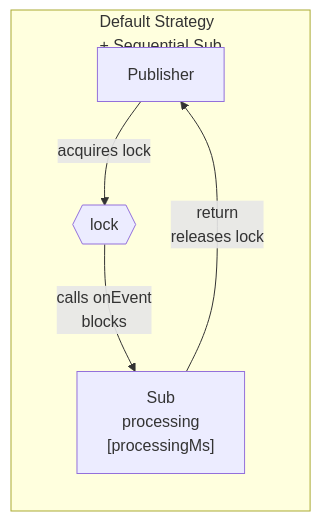
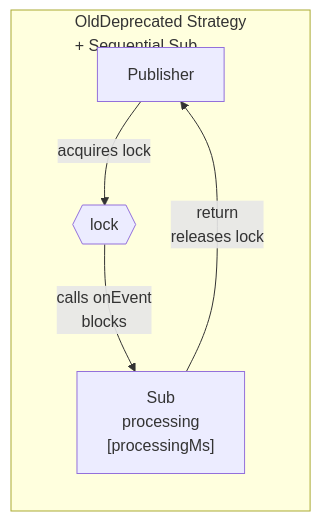
Before and after one commit to wldt/wldt-core-java: the tenth of 14 diagrams in docs/event_bus_evaluation.md, drawn with Mermaid. The commit also changed other lines of this file and 20 other files, not shown here.

Commit message:
Add OldDeprecatedStrategy, new DefaultEventBusStrategy and update EventBus tests for backward compatibility

````diff
--- a/docs/event_bus_evaluation.md
+++ b/docs/event_bus_evaluation.md
@@ -570,8 +671,8 @@
 ```mermaid
 flowchart LR
-    subgraph default_s [Default Strategy\n+ Sequential Sub]
+    subgraph default_s [OldDeprecated Strategy\n+ Sequential Sub]
         D_P[Publisher] -->|"acquires lock"| D_L{{"lock"}}
         D_L -->|"calls onEvent\nblocks"| D_S["Sub\nprocessing\n[processingMs]"]
         D_S -->|"return\nreleases lock"| D_P
     end
 ```
````
